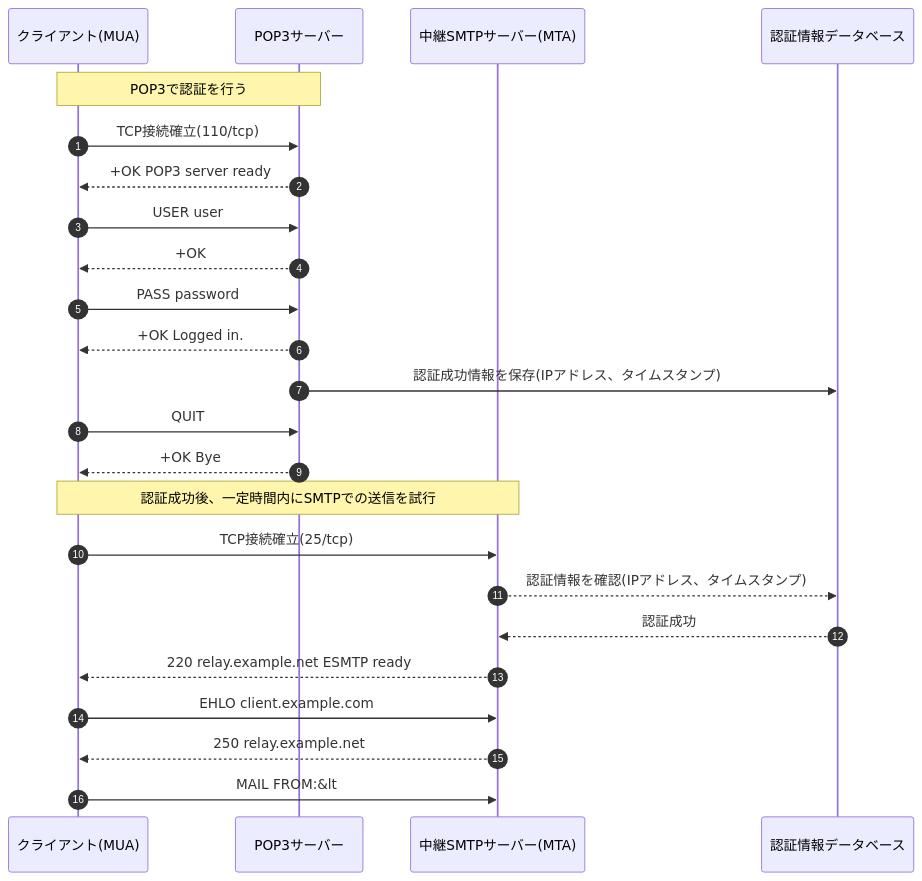
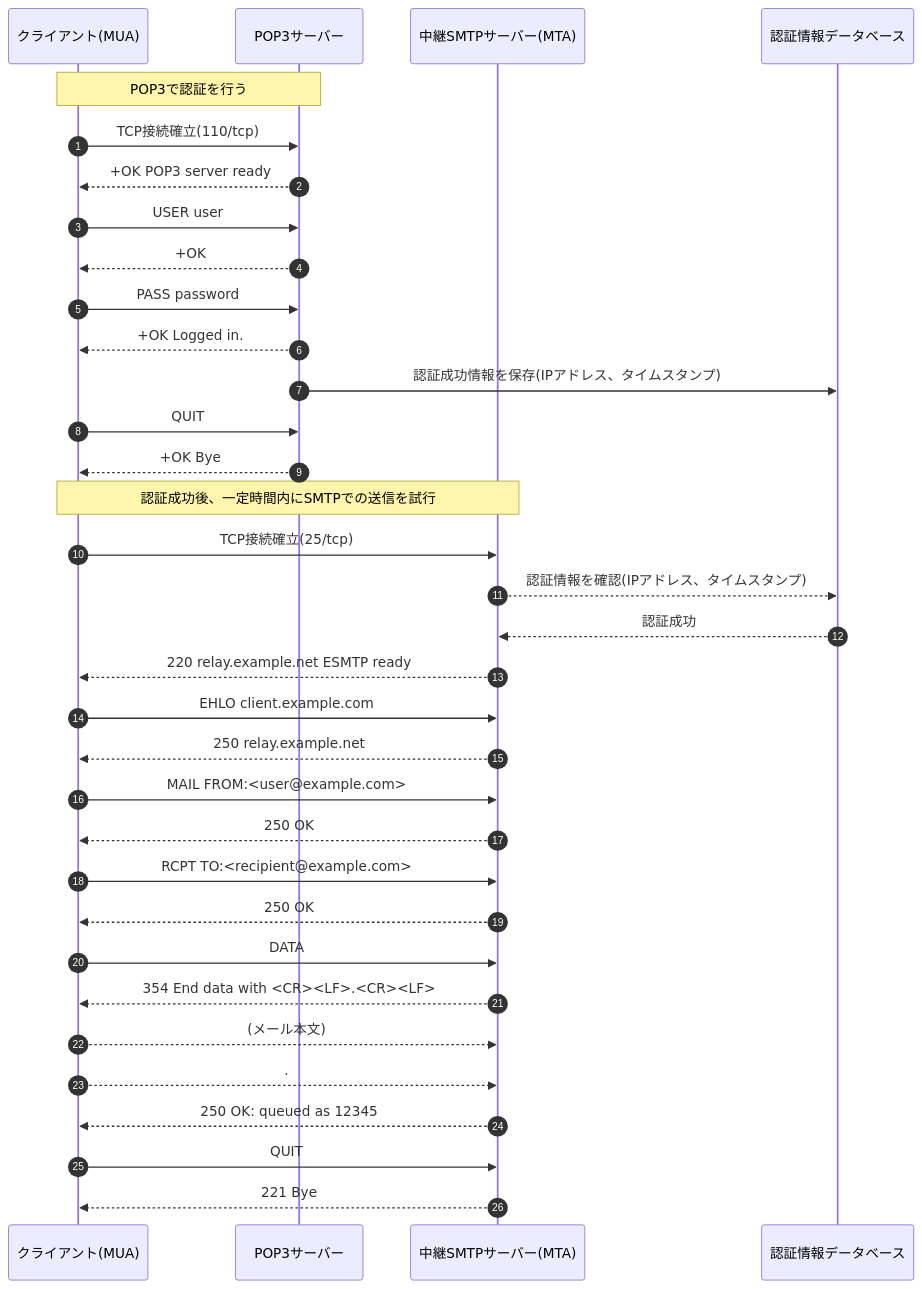
One commit to densuke/2025-network-doc changed the second of 2 diagrams in source/app/smtp/etc.md. Above: the diagram before and after it, drawn with Mermaid.

Commit message:
Mermaid記述の問題を修正

````diff
--- a/source/app/smtp/etc.md
+++ b/source/app/smtp/etc.md
@@ -95,29 +95,38 @@
 ```{mermaid}
 sequenceDiagram
     autonumber
     participant Client as クライアント(MUA)
     participant POP3 as POP3サーバー
     participant Relay as 中継SMTPサーバー(MTA)
     participant DB as 認証情報データベース
 
     Note over Client,POP3: POP3で認証を行う
     Client->>POP3: TCP接続確立(110/tcp)
     POP3-->>Client: +OK POP3 server ready
     Client->>POP3: USER user
     POP3-->>Client: +OK
     Client->>POP3: PASS password
     POP3-->>Client: +OK Logged in.
     POP3->>DB: 認証成功情報を保存(IPアドレス、タイムスタンプ)
     Client->>POP3: QUIT
     POP3-->>Client: +OK Bye
 
     Note over Client,Relay: 認証成功後、一定時間内にSMTPでの送信を試行
     Client->>Relay: TCP接続確立(25/tcp)
     Relay-->>DB: 認証情報を確認(IPアドレス、タイムスタンプ)
     DB-->>Relay: 認証成功
     Relay-->>Client: 220 relay.example.net ESMTP ready
     Client->>Relay: EHLO client.example.com
     Relay-->>Client: 250 relay.example.net
-    Client->>Relay: MAIL FROM:&lt;
-
+    Client->>Relay: MAIL FROM:<user@example.com>
+    Relay-->>Client: 250 OK
+    Client->>Relay: RCPT TO:<recipient@example.com>
+    Relay-->>Client: 250 OK
+    Client->>Relay: DATA
+    Relay-->>Client: 354 End data with <CR><LF>.<CR><LF>
+    Client-->>Relay: (メール本文)
+    Client-->>Relay: .
+    Relay-->>Client: 250 OK: queued as 12345
+    Client->>Relay: QUIT
+    Relay-->>Client: 221 Bye
 ```
````
